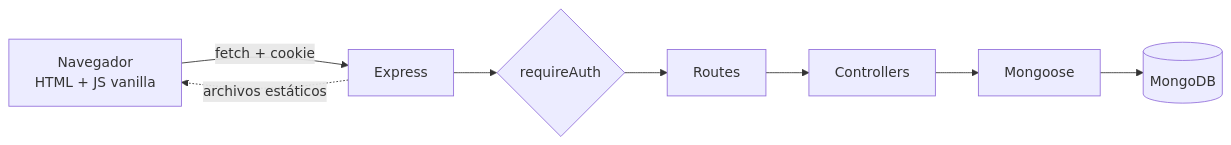
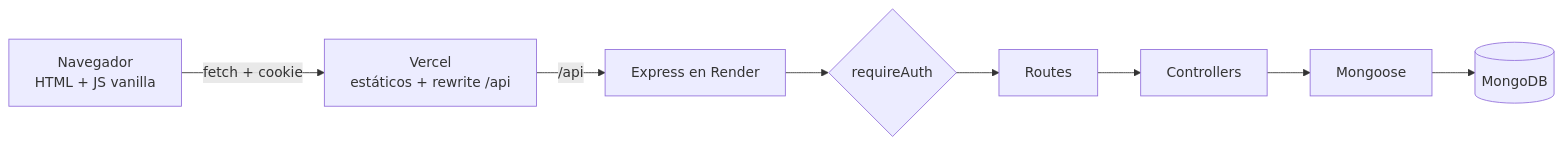
One commit to Ticran/AppGym changed the diagram in README.md. Above: the diagram before and after it, drawn with Mermaid. The commit also changed other lines of this file and 3 other files, not shown here.

````diff
--- a/README.md
+++ b/README.md
@@ -105,10 +110,10 @@
 ```mermaid
 flowchart LR
-    A[Navegador<br/>HTML + JS vanilla] -->|fetch + cookie| B[Express]
+    A[Navegador<br/>HTML + JS vanilla] -->|fetch + cookie| V[Vercel<br/>estáticos + rewrite /api]
+    V -->|/api| B[Express en Render]
     B --> C{requireAuth}
     C --> D[Routes]
     D --> E[Controllers]
     E --> F[Mongoose]
     F --> G[(MongoDB)]
-    B -.->|archivos estáticos| A
 ```
````
